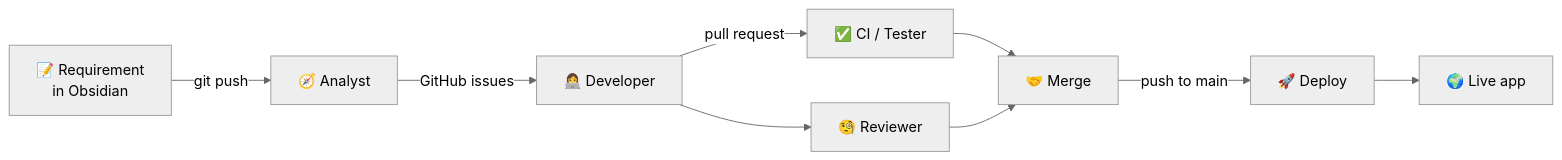
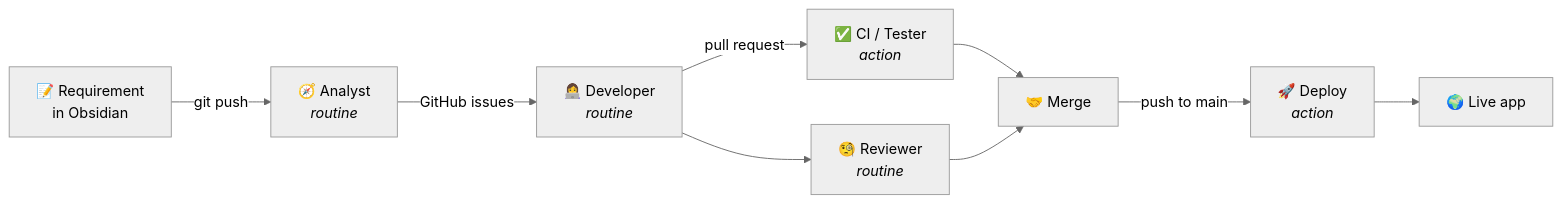
One commit to markoub/zenith changed the diagram in README.md. Above: the diagram before and after it, drawn with Mermaid (neutral theme). The commit also changed other lines of this file and 7 other files, not shown here.

````diff
--- a/README.md
+++ b/README.md
@@ -15,11 +16,11 @@
 ```mermaid
 flowchart LR
-    A["📝 Requirement<br/>in Obsidian"] -->|git push| B["🧭 Analyst"]
-    B -->|GitHub issues| C["👩‍💻 Developer"]
-    C -->|pull request| D["✅ CI / Tester"]
-    C --> E["🧐 Reviewer"]
+    A["📝 Requirement<br/>in Obsidian"] -->|git push| B["🧭 Analyst<br/><i>routine</i>"]
+    B -->|GitHub issues| C["👩‍💻 Developer<br/><i>routine</i>"]
+    C -->|pull request| D["✅ CI / Tester<br/><i>action</i>"]
+    C --> E["🧐 Reviewer<br/><i>routine</i>"]
     D --> F["🤝 Merge"]
     E --> F
-    F -->|push to main| G["🚀 Deploy"]
+    F -->|push to main| G["🚀 Deploy<br/><i>action</i>"]
     G --> H["🌍 Live app"]
 ```
````
